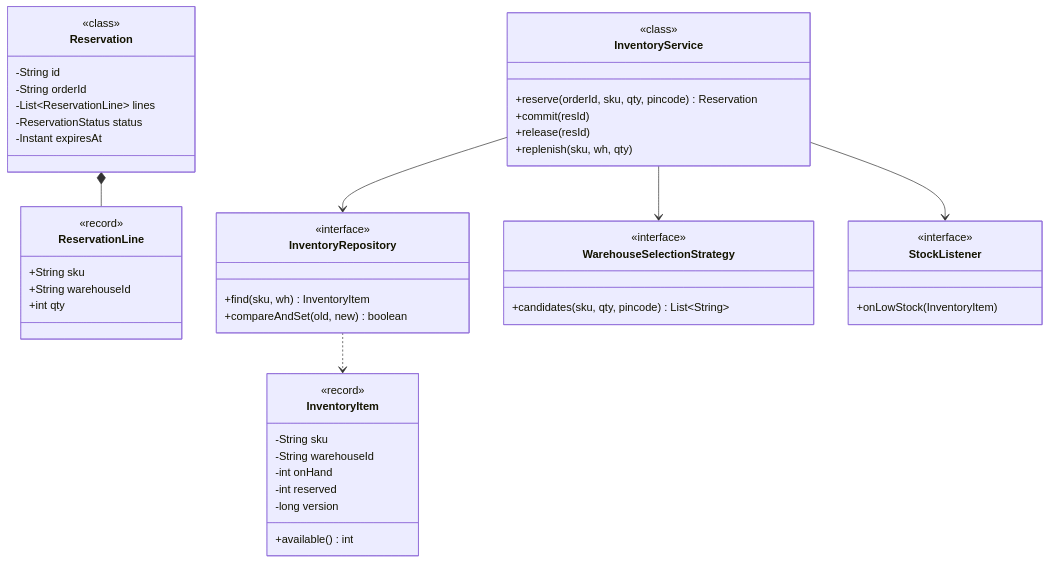
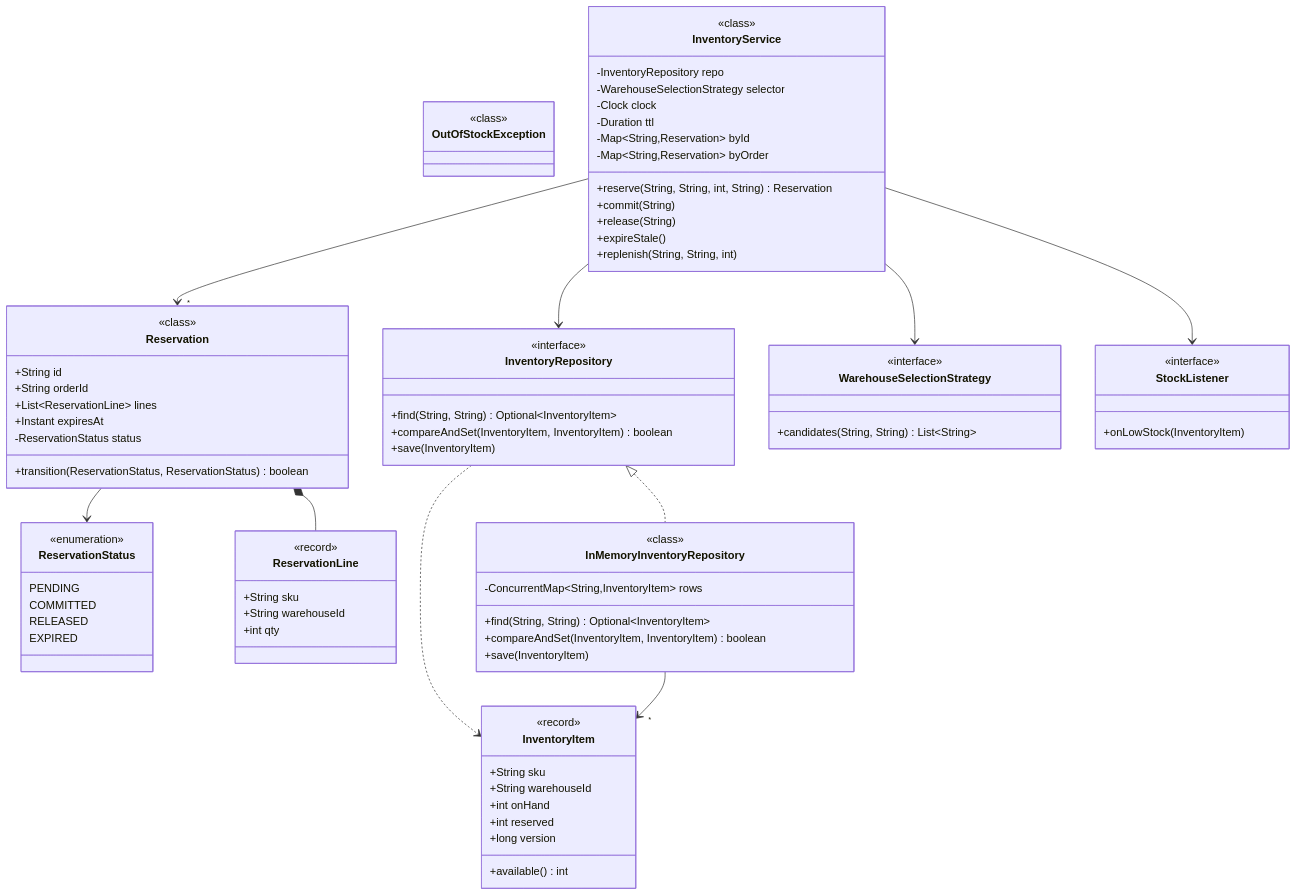
The first of 2 diagrams in system-design/lld/05-inventory-management.md (amarkum/amarkumar.guru), drawn with Mermaid before and after one commit. The commit also changed 27 other files, not shown here.

Commit message:
Rebuild every UML class diagram from its Java code, add a notes progress tracker, and make diagrams readable with zoom and a legend.

````diff
--- a/system-design/lld/05-inventory-management.md
+++ b/system-design/lld/05-inventory-management.md
@@ -38,68 +38,81 @@
 ```mermaid
 classDiagram
+    class ReservationStatus {
+      <<enumeration>>
+      PENDING
+      COMMITTED
+      RELEASED
+      EXPIRED
+    }
     class InventoryItem {
-      -String sku
-      -String warehouseId
-      -int onHand
-      -int reserved
-      -long version
+      <<record>>
+      +String sku
+      +String warehouseId
+      +int onHand
+      +int reserved
+      +long version
       +available() int
     }
-    class Reservation {
-      -String id
-      -String orderId
-      -List~ReservationLine~ lines
-      -ReservationStatus status
-      -Instant expiresAt
-    }
     class ReservationLine {
+      <<record>>
       +String sku
       +String warehouseId
       +int qty
     }
+    class Reservation {
+      <<class>>
+      +String id
+      +String orderId
+      +List~ReservationLine~ lines
+      +Instant expiresAt
+      -ReservationStatus status
+      +transition(ReservationStatus, ReservationStatus) boolean
+    }
     class InventoryRepository {
       <<interface>>
-      +find(sku, wh) InventoryItem
-      +compareAndSet(old, new) boolean
+      +find(String, String) Optional~InventoryItem~
+      +compareAndSet(InventoryItem, InventoryItem) boolean
+      +save(InventoryItem)
+    }
+    class InMemoryInventoryRepository {
+      <<class>>
+      -ConcurrentMap~String,InventoryItem~ rows
+      +find(String, String) Optional~InventoryItem~
+      +compareAndSet(InventoryItem, InventoryItem) boolean
+      +save(InventoryItem)
     }
     class WarehouseSelectionStrategy {
       <<interface>>
-      +candidates(sku, qty, pincode) List~String~
+      +candidates(String, String) List~String~
+    }
+    class OutOfStockException {
+      <<class>>
     }
     class InventoryService {
-      +reserve(orderId, sku, qty, pincode) Reservation
-      +commit(resId)
-      +release(resId)
-      +replenish(sku, wh, qty)
+      <<class>>
+      -InventoryRepository repo
+      -WarehouseSelectionStrategy selector
+      -Clock clock
+      -Duration ttl
+      -Map~String,Reservation~ byId
+      -Map~String,Reservation~ byOrder
+      +reserve(String, String, int, String) Reservation
+      +commit(String)
+      +release(String)
+      +expireStale()
+      +replenish(String, String, int)
     }
     class StockListener {
       <<interface>>
       +onLowStock(InventoryItem)
     }
     Reservation *-- ReservationLine
     InventoryService --> InventoryRepository
     InventoryService --> WarehouseSelectionStrategy
     InventoryService --> StockListener
     InventoryRepository ..> InventoryItem
-    class Reservation {
-      <<class>>
-    }
-    class ReservationLine {
-      <<record>>
-    }
-    class InventoryService {
-      <<class>>
-    }
-    class StockListener {
-      <<class>>
-    }
-    class WarehouseSelectionStrategy {
-      <<interface>>
-    }
-    class InventoryRepository {
-      <<interface>>
-    }
-    class InventoryItem {
-      <<record>>
-    }
+    InventoryRepository <|.. InMemoryInventoryRepository
+    Reservation --> ReservationStatus
+    InMemoryInventoryRepository --> "*" InventoryItem
+    InventoryService --> "*" Reservation
 ```
````
